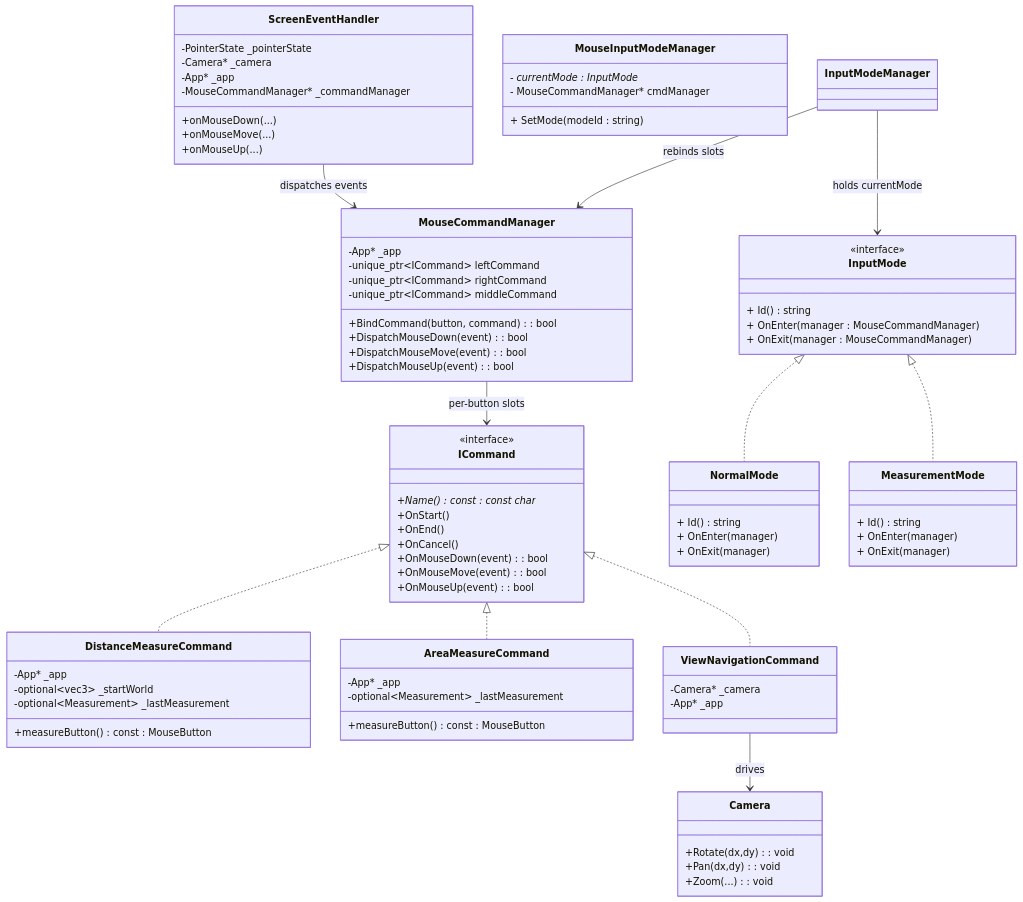
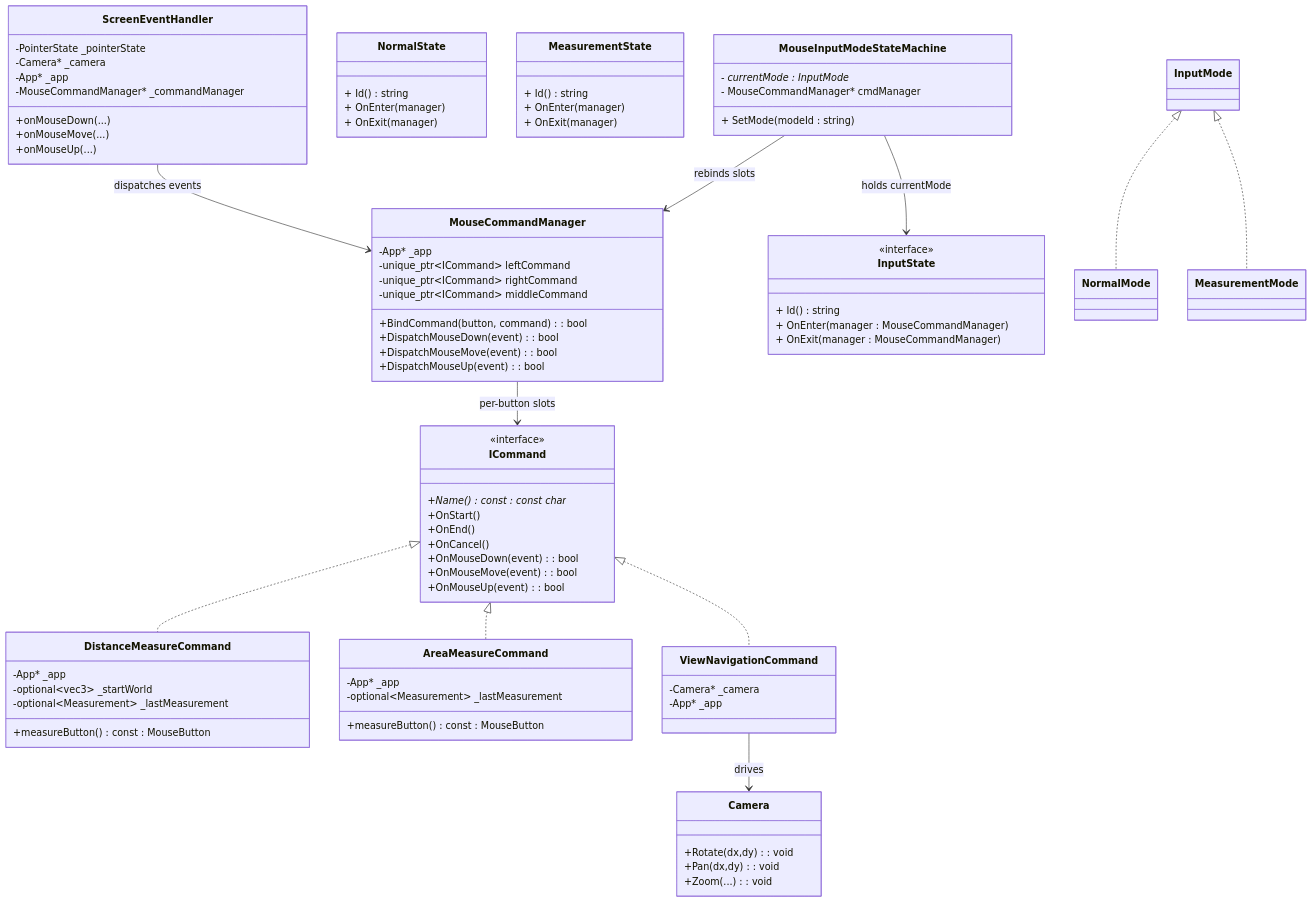
One commit to vfa-khaidt1/vfa-cdn changed the second of 4 diagrams in GraphV3.md. Above: the diagram before and after it, drawn with Mermaid.

````diff
--- a/GraphV3.md
+++ b/GraphV3.md
@@ -91,26 +91,26 @@
         +Zoom(...): void
     }
 
-    class InputMode {
+    class InputState {
         <<interface>>
         + Id() string
         + OnEnter(manager : MouseCommandManager)
         + OnExit(manager : MouseCommandManager)
     }
 
-    class NormalMode {
+    class NormalState {
         + Id() string
         + OnEnter(manager)
         + OnExit(manager)
     }
 
-    class MeasurementMode {
+    class MeasurementState {
         + Id() string
         + OnEnter(manager)
         + OnExit(manager)
     }
 
-    class MouseInputModeManager {
+    class MouseInputModeStateMachine {
         - currentMode : InputMode*
         - MouseCommandManager* cmdManager
         + SetMode(modeId : string)
@@ -127,6 +127,6 @@
     InputMode <|.. NormalMode
     InputMode <|.. MeasurementMode
 
-    InputModeManager --> InputMode : holds currentMode
-    InputModeManager --> MouseCommandManager : rebinds slots
+    MouseInputModeStateMachine --> InputState : holds currentMode
+    MouseInputModeStateMachine --> MouseCommandManager : rebinds slots
 ```
````
